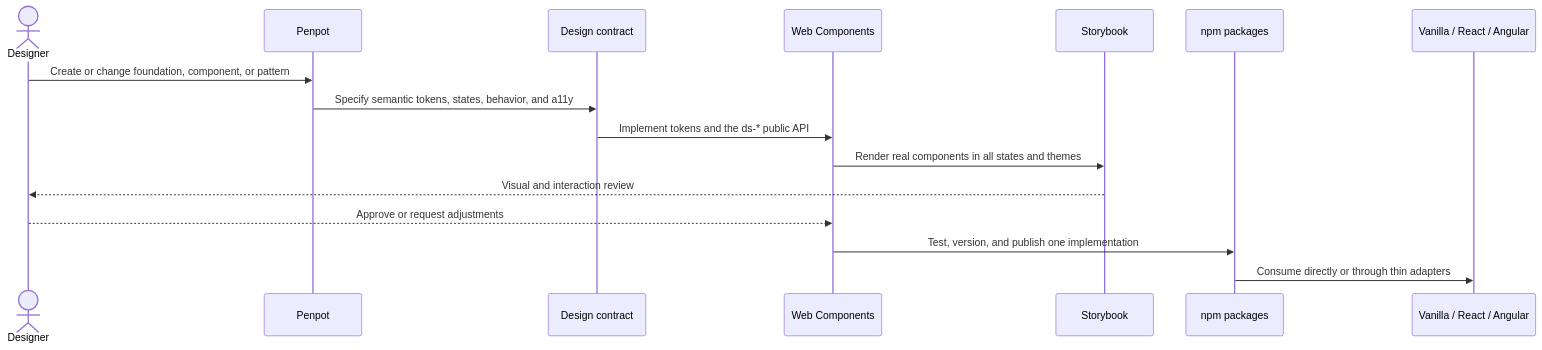
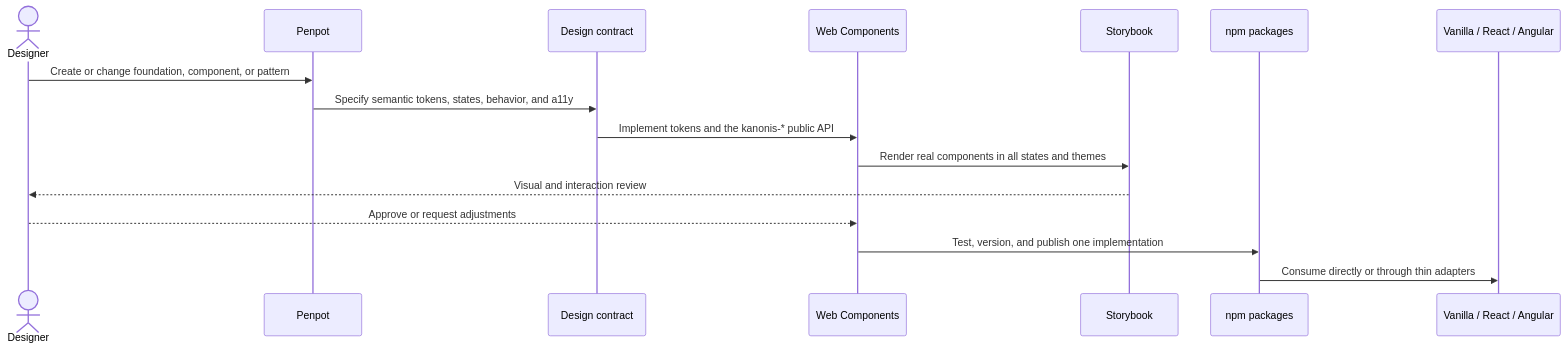
The second of 3 diagrams in docs/architecture.md (Endeavoury/Kanonis), drawn with Mermaid before and after one commit. The commit also changed other lines of this file and 100 other files, not shown here.

````diff
--- a/docs/architecture.md
+++ b/docs/architecture.md
@@ -93,19 +93,19 @@
 ```mermaid
 sequenceDiagram
   actor Designer
   participant Penpot
   participant Contract as Design contract
   participant WC as Web Components
   participant Storybook
   participant Packages as npm packages
   participant Apps as Vanilla / React / Angular
 
   Designer->>Penpot: Create or change foundation, component, or pattern
   Penpot->>Contract: Specify semantic tokens, states, behavior, and a11y
-  Contract->>WC: Implement tokens and the ds-* public API
+  Contract->>WC: Implement tokens and the kanonis-* public API
   WC->>Storybook: Render real components in all states and themes
   Storybook-->>Designer: Visual and interaction review
   Designer-->>WC: Approve or request adjustments
   WC->>Packages: Test, version, and publish one implementation
   Packages->>Apps: Consume directly or through thin adapters
 ```
````
